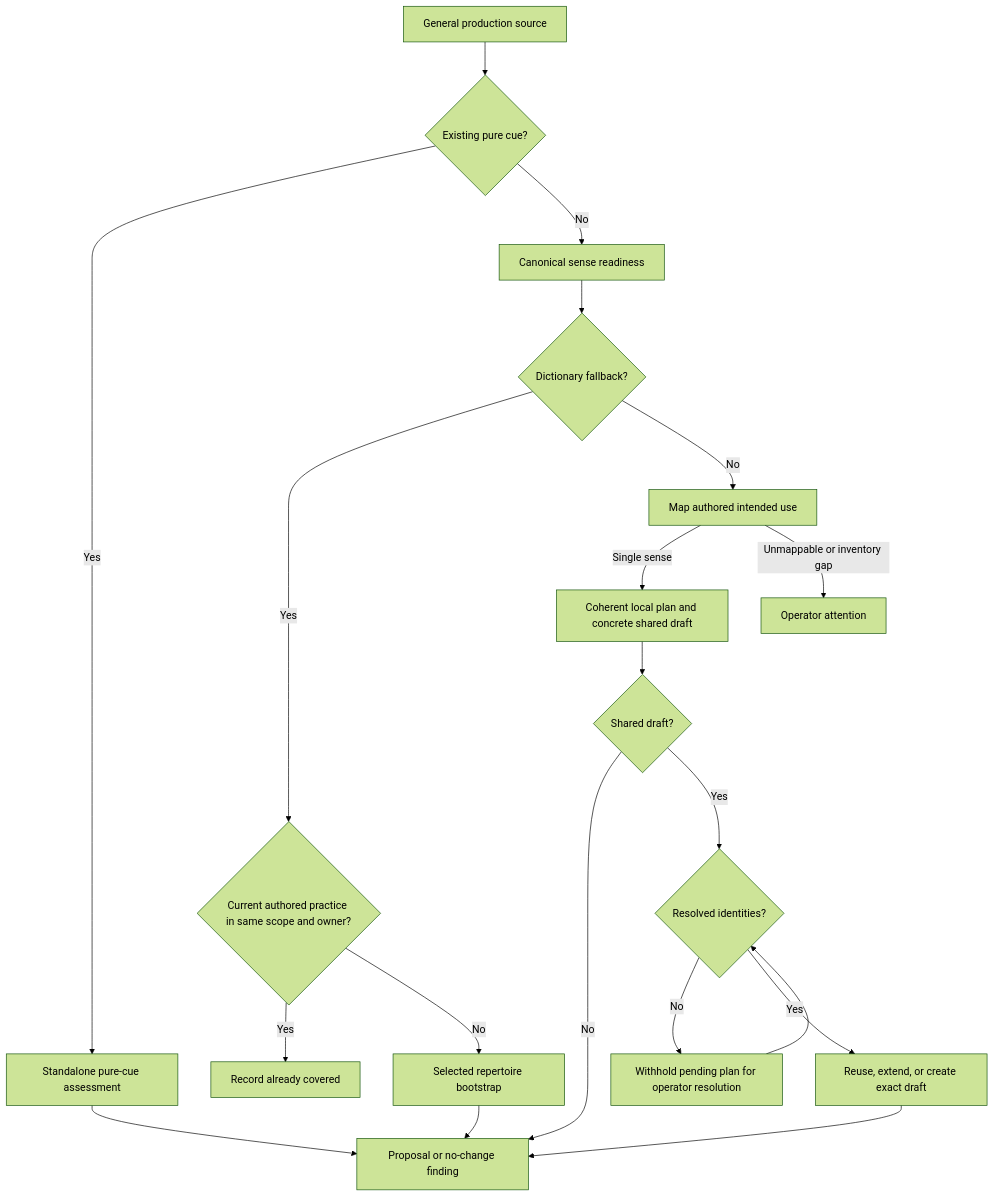
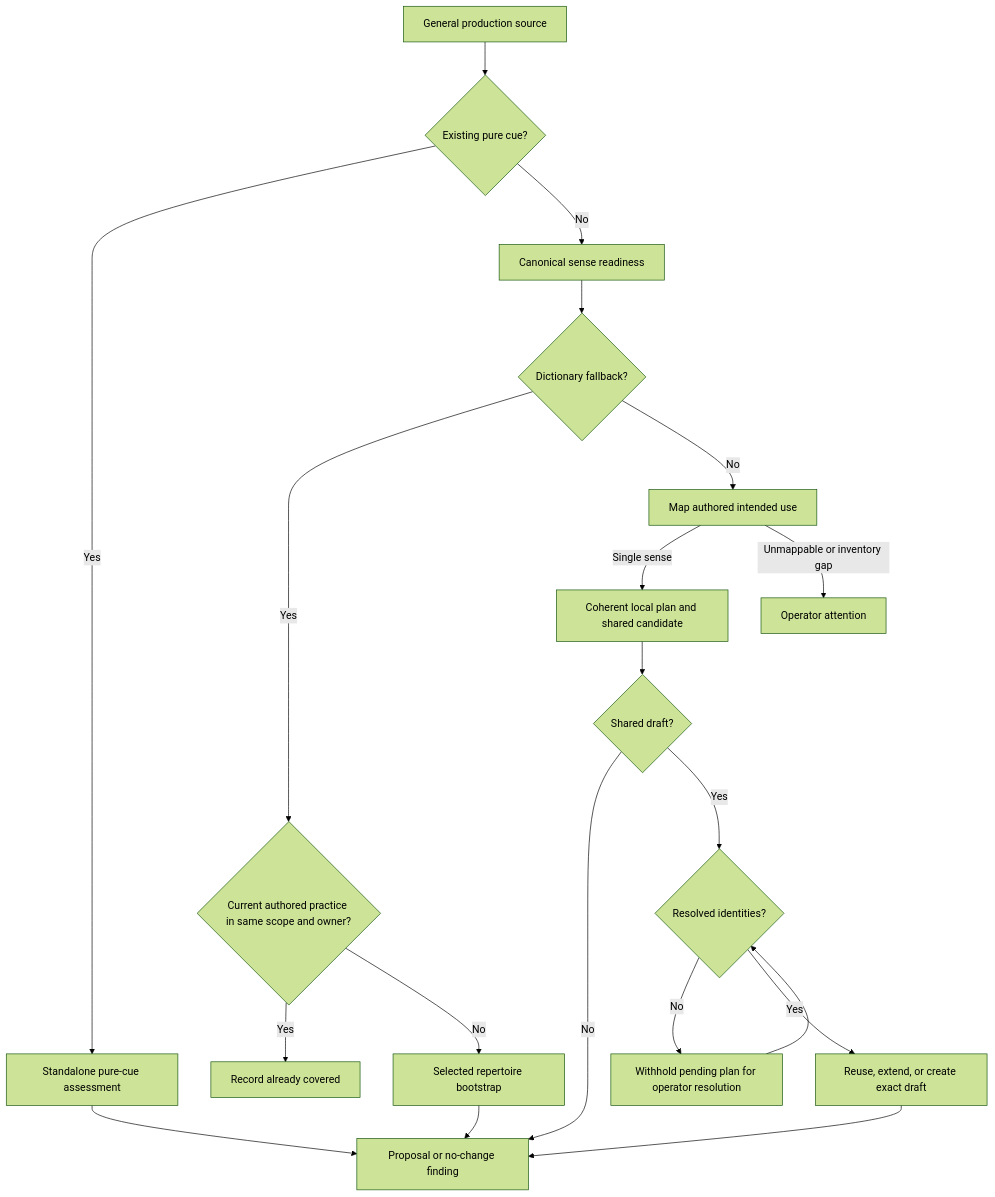
One commit to swimj/chinese-study-app changed the diagram in docs/implementation/vocabulary-content-improvement.md. Above: the diagram before and after it, drawn with Mermaid (forest theme). The commit also changed other lines of this file and 12 other files, not shown here.

````diff
--- a/docs/implementation/vocabulary-content-improvement.md
+++ b/docs/implementation/vocabulary-content-improvement.md
@@ -9,22 +9,22 @@
 ```mermaid
 flowchart TD
   Source[General production source] --> Pure{Existing pure cue?}
   Pure -->|Yes| Review[Standalone pure-cue assessment]
   Pure -->|No| Ready[Canonical sense readiness]
   Ready --> Fallback{Dictionary fallback?}
   Fallback -->|Yes| Practice{Current authored practice in same scope and owner?}
   Practice -->|Yes| Covered[Record already covered]
   Practice -->|No| Bootstrap[Selected repertoire bootstrap]
   Fallback -->|No| Map[Map authored intended use]
-  Map -->|Single sense| Local[Coherent local plan and concrete shared draft]
+  Map -->|Single sense| Local[Coherent local plan and shared candidate]
   Map -->|Unmappable or inventory gap| Attention[Operator attention]
   Local --> Shared{Shared draft?}
   Shared -->|No| Proposal[Proposal or no-change finding]
   Shared -->|Yes| Identities{Resolved identities?}
   Identities -->|No| Pending[Withhold pending plan for operator resolution]
   Pending --> Identities
   Identities -->|Yes| Integrate[Reuse, extend, or create exact draft]
   Integrate --> Proposal
   Bootstrap --> Proposal
   Review --> Proposal
 ```
````
